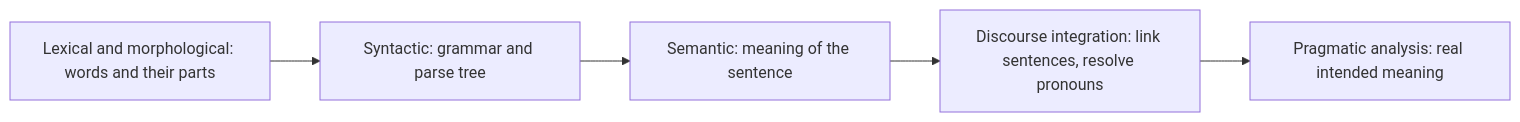
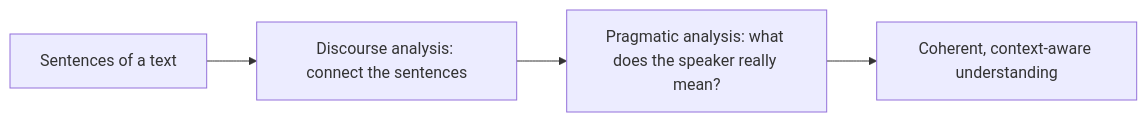
The first of 3 diagrams in content/natural-language-processing/notes/discourse-reference.mdx (TrendySloth1001/sem-seven-notes), drawn with Mermaid before and after one commit. The commit also changed other lines of this file and 406 other files, not shown here.

````diff
--- a/content/natural-language-processing/notes/discourse-reference.mdx
+++ b/content/natural-language-processing/notes/discourse-reference.mdx
@@ -70,8 +29,7 @@
 ```mermaid
-%% caption: The stages of NLP. Discourse integration (use earlier sentences to understand this one) and pragmatic analysis (what the speaker means in the real situation) are the two stages above the sentence level. This redraws the idea of the GeeksforGeeks "Phases of NLP" figure.
+%% caption: The two ideas of this section. Discourse analysis joins sentences together; pragmatic analysis reads the real meaning in the situation.
 flowchart LR
-  A["Lexical and morphological: words and their parts"] --> B["Syntactic: grammar and parse tree"]
-  B --> C["Semantic: meaning of the sentence"]
-  C --> D["Discourse integration: link sentences, resolve pronouns"]
-  D --> E["Pragmatic analysis: real intended meaning"]
+  A["Sentences of a text"] --> B["Discourse analysis: connect the sentences"]
+  B --> C["Pragmatic analysis: what does the speaker really mean?"]
+  C --> D["Coherent, context-aware understanding"]
 ```
````
